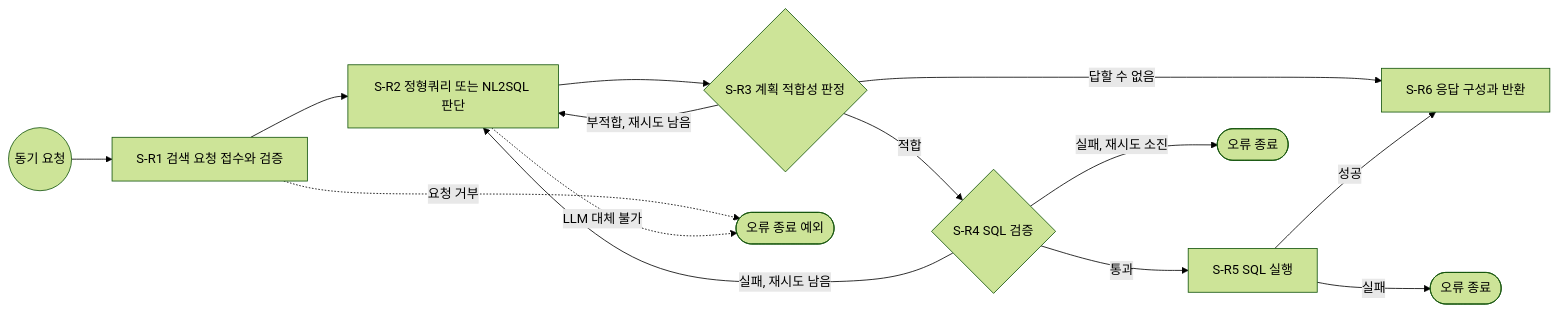
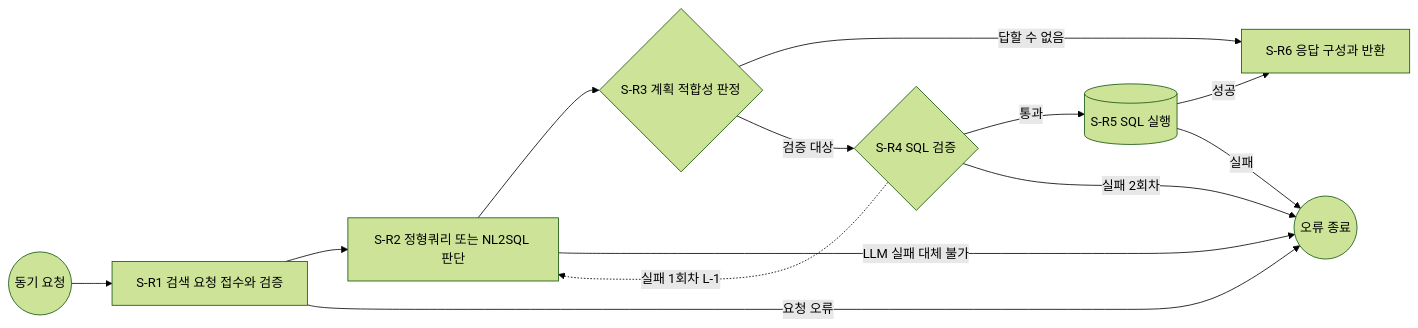
The diagram in design/sql-retriever/sql_retriever_워크플로우설계서.md (unicorn-campus/crc), drawn with Mermaid (forest theme) before and after one commit. The commit also changed other lines of this file and 168 other files, not shown here.

````diff
--- a/design/sql-retriever/sql_retriever_워크플로우설계서.md
+++ b/design/sql-retriever/sql_retriever_워크플로우설계서.md
@@ -118,16 +121,15 @@
 ```mermaid
 flowchart LR
     T((동기 요청)) --> R1[S-R1 검색 요청 접수와 검증]
     R1 --> R2[S-R2 정형쿼리 또는 NL2SQL 판단]
     R2 --> R3{S-R3 계획 적합성 판정}
-    R3 -- 적합 --> R4{S-R4 SQL 검증}
-    R3 -- 부적합, 재시도 남음 --> R2
-    R3 -- 답할 수 없음 --> R6
-    R4 -- 통과 --> R5[S-R5 SQL 실행]
-    R4 -- 실패, 재시도 남음 --> R2
-    R4 -- 실패, 재시도 소진 --> E1([오류 종료])
-    R5 -- 성공 --> R6[S-R6 응답 구성과 반환]
-    R5 -- 실패 --> E2([오류 종료])
-    R1 -. 요청 거부 .-> E0([오류 종료 예외])
-    R2 -. LLM 대체 불가 .-> E0
+    R3 -- 답할 수 없음 --> R6[S-R6 응답 구성과 반환]
+    R3 -- 검증 대상 --> R4{S-R4 SQL 검증}
+    R4 -- 통과 --> R5[(S-R5 SQL 실행)]
+    R4 -. 실패 1회차 L-1 .-> R2
+    R4 -- 실패 2회차 --> E((오류 종료))
+    R5 -- 성공 --> R6
+    R5 -- 실패 --> E
+    R1 -- 요청 오류 --> E
+    R2 -- LLM 실패 대체 불가 --> E
 ```
````
